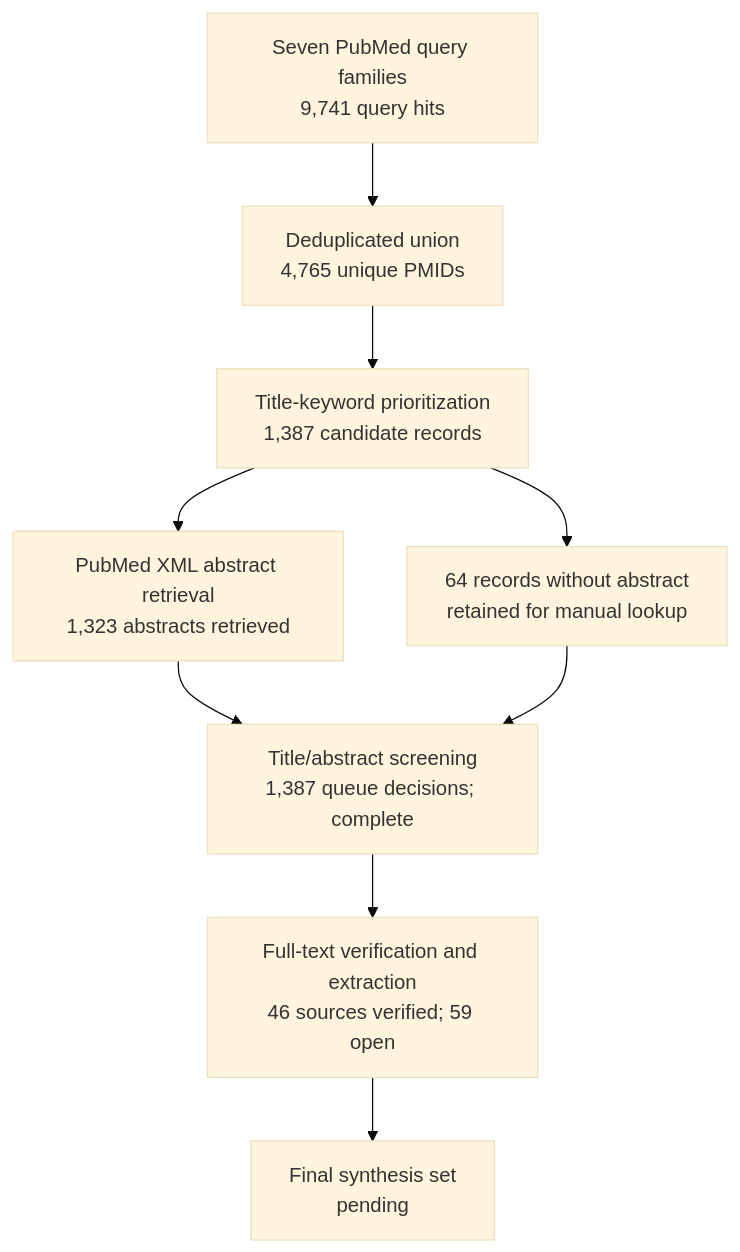
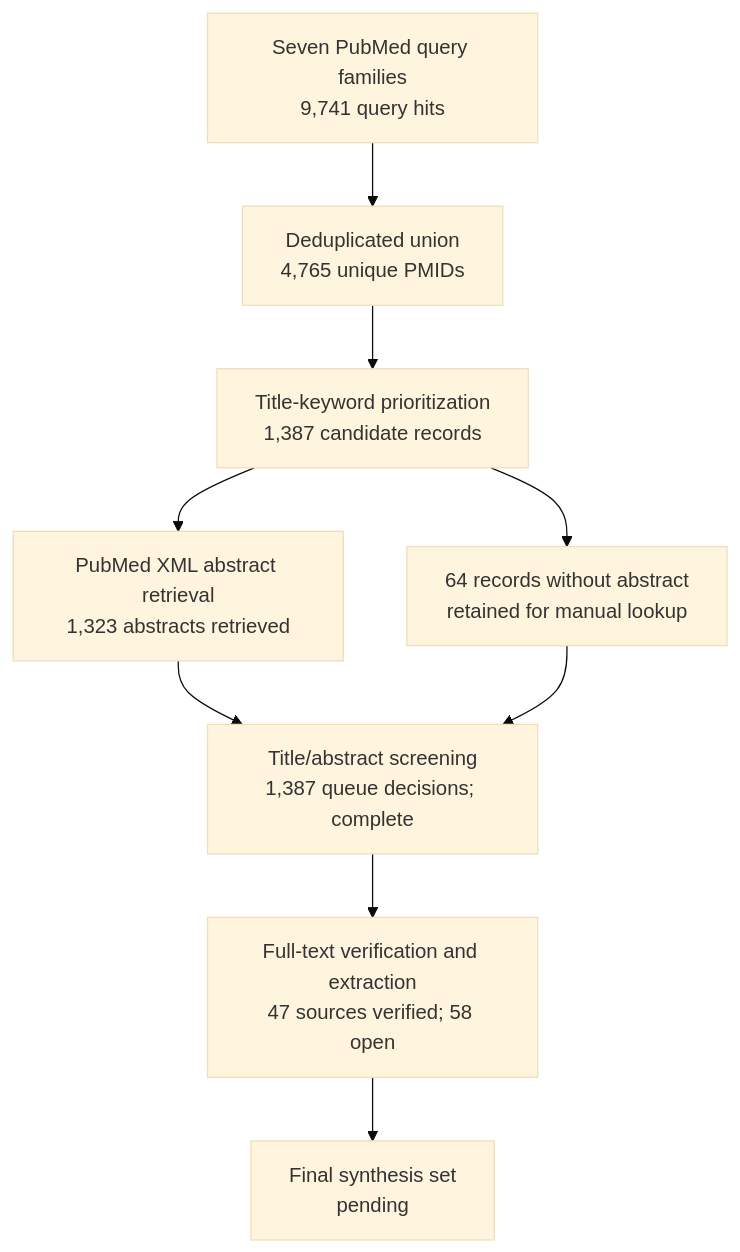
Before and after one commit to dcmcshan/artemisia: the diagram in manuscript/review-flow.md, drawn with Mermaid (base theme). The commit also changed other lines of this file and 13 other files, not shown here.

````diff
--- a/manuscript/review-flow.md
+++ b/manuscript/review-flow.md
@@ -5,11 +5,11 @@
 ```mermaid
 flowchart TB
   Q[Seven PubMed query families<br/>9,741 query hits] --> U[Deduplicated union<br/>4,765 unique PMIDs]
   U --> T[Title-keyword prioritization<br/>1,387 candidate records]
   T --> A[PubMed XML abstract retrieval<br/>1,323 abstracts retrieved]
   T --> N[64 records without abstract<br/>retained for manual lookup]
   A --> M[Title/abstract screening<br/>1,387 queue decisions; complete]
   N --> M
-  M --> F[Full-text verification and extraction<br/>46 sources verified; 59 open]
+  M --> F[Full-text verification and extraction<br/>47 sources verified; 58 open]
   F --> S[Final synthesis set<br/>pending]
 ```
````
